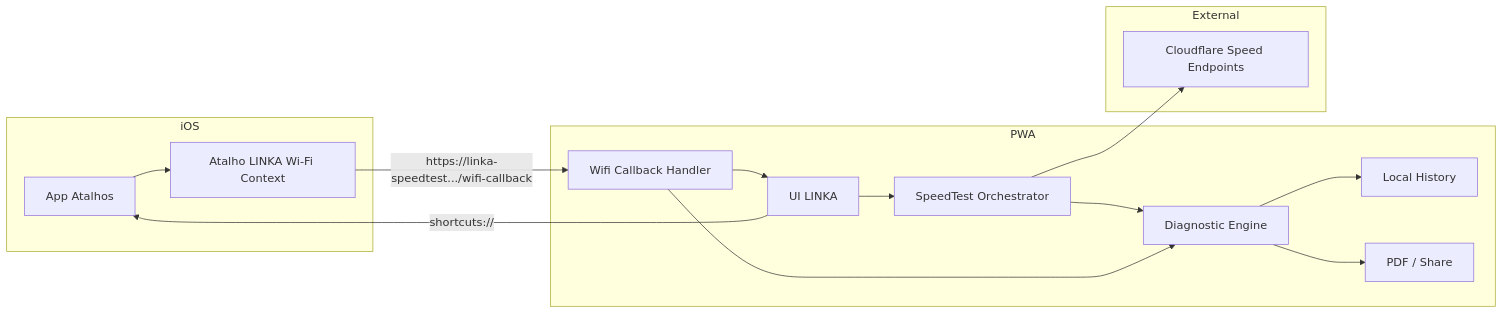
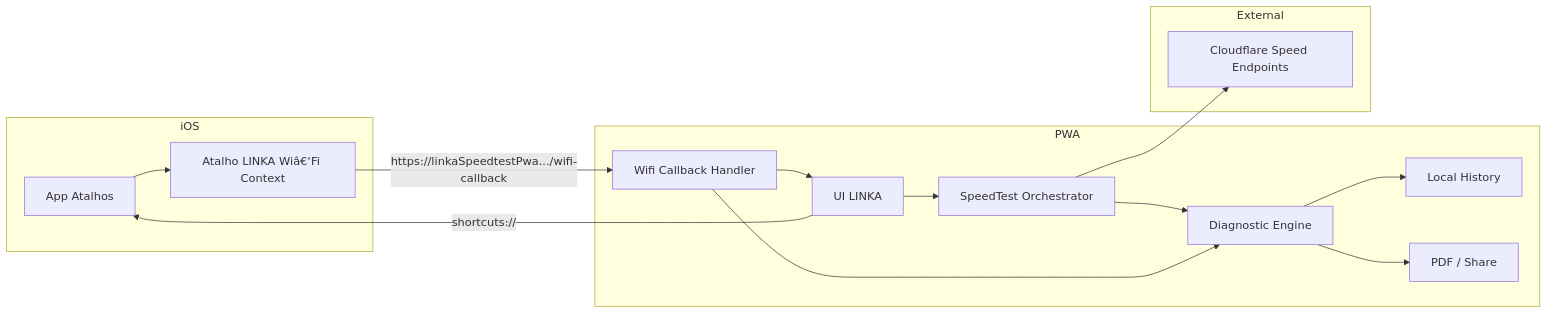
Before and after one commit to gmmattey/linka-speedtest: the second of 2 diagrams in docs/Feature iOS - Obter Dados WiFi via Atalho.md, drawn with Mermaid. The commit also changed other lines of this file and 175 other files, not shown here.

````diff
--- a/docs/Feature iOS - Obter Dados WiFi via Atalho.md
+++ b/docs/Feature iOS - Obter Dados WiFi via Atalho.md
@@ -209,31 +209,31 @@
 ```mermaid
 flowchart LR
     subgraph iOS
       S[App Atalhos]
-      W[Atalho LINKA Wi‑Fi Context]
+      W[Atalho LINKA Wiâ€‘Fi Context]
     end
 
     subgraph PWA
       UI[UI LINKA]
       CB[Wifi Callback Handler]
       ST[SpeedTest Orchestrator]
       DX[Diagnostic Engine]
       HS[Local History]
       EX[PDF / Share]
     end
 
     subgraph External
       CF[Cloudflare Speed Endpoints]
     end
 
     UI -->|shortcuts://| S
     S --> W
-    W -->|https://linka-speedtest.../wifi-callback| CB
+    W -->|https://linkaSpeedtestPwa.../wifi-callback| CB
     CB --> UI
     UI --> ST
     ST --> CF
     ST --> DX
     CB --> DX
     DX --> HS
     DX --> EX
 ```
````
